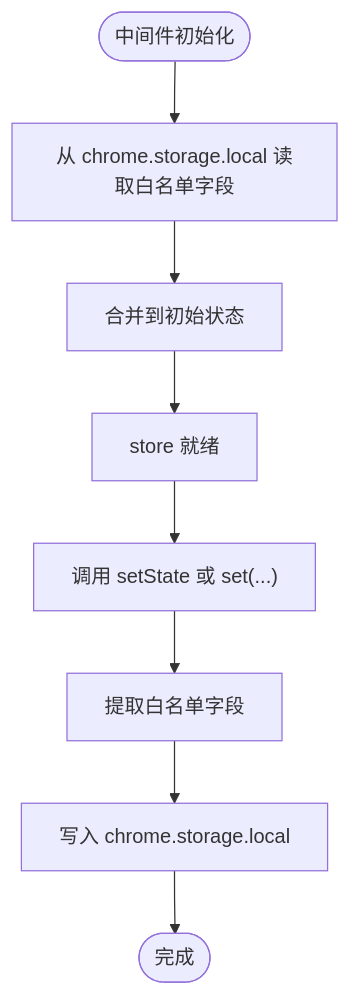
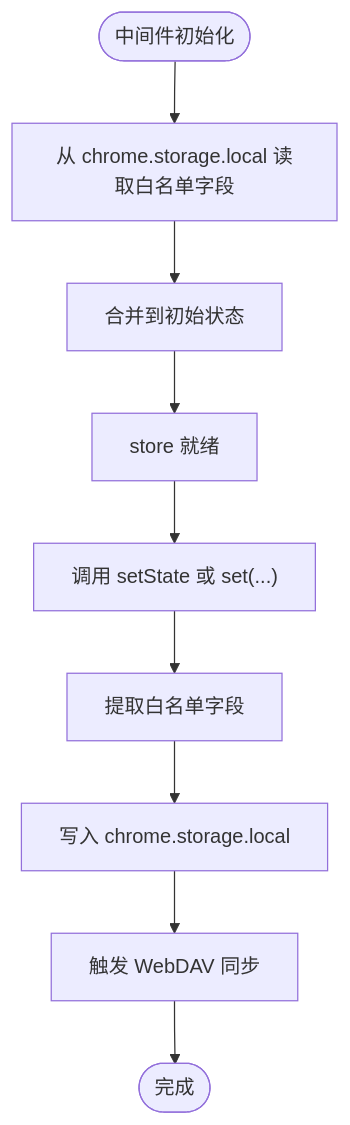
Before and after one commit to RadiumAg/bilibili-favorites: the fourth of 11 diagrams in .qoder/repowiki/zh/content/架构设计/状态管理设计.md, drawn with Mermaid. The commit also changed other lines of this file and 2 other files, not shown here.

````diff
--- a/.qoder/repowiki/zh/content/架构设计/状态管理设计.md
+++ b/.qoder/repowiki/zh/content/架构设计/状态管理设计.md
@@ -168,10 +194,11 @@
 ```mermaid
 flowchart TD
 Start(["中间件初始化"]) --> Hydrate["从 chrome.storage.local 读取白名单字段"]
 Hydrate --> Merge["合并到初始状态"]
 Merge --> Ready["store 就绪"]
-SetState["调用 setState 或 set(...)"] --> Persist["提取白名单字段"]
-Persist --> Write["写入 chrome.storage.local"]
-Write --> Done(["完成"])
+SetState["调用 setState 或 set(...)"] --> Extract["提取白名单字段"]
+Extract --> Write["写入 chrome.storage.local"]
+Write --> Sync["触发 WebDAV 同步"]
+Sync --> Done(["完成"])
 Ready --> SetState
 ```
````
